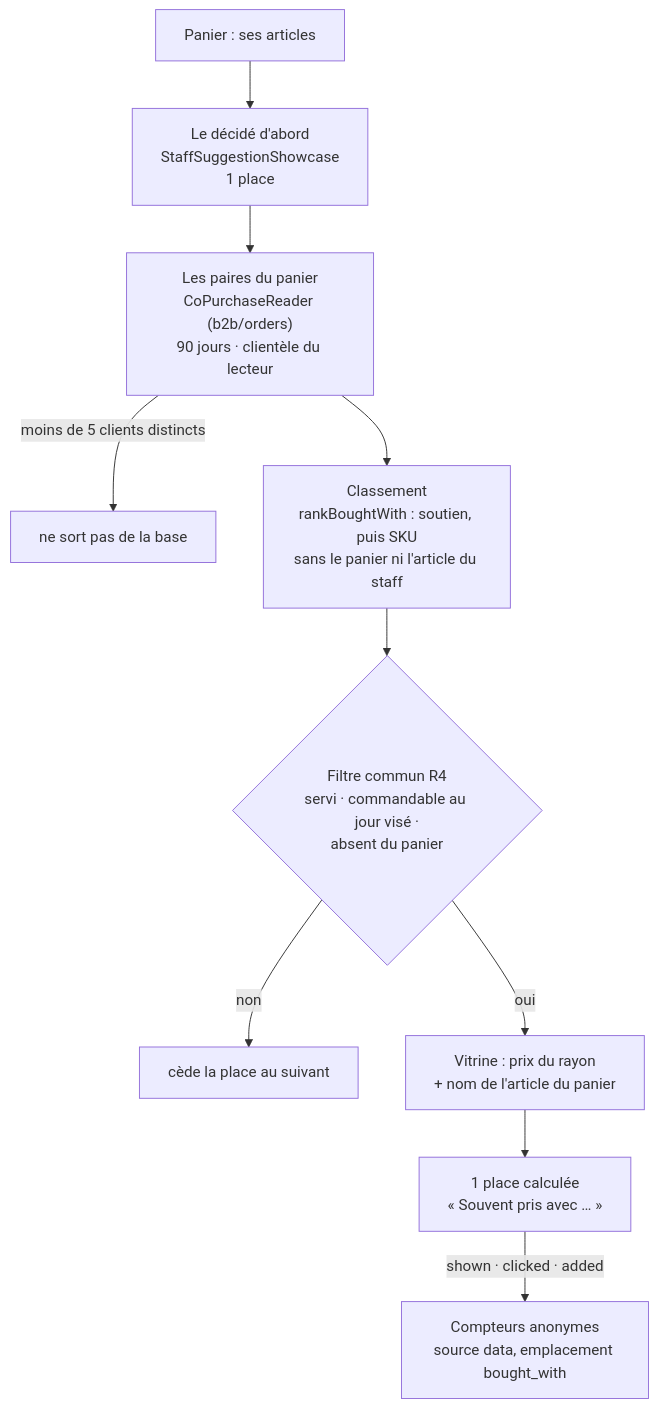
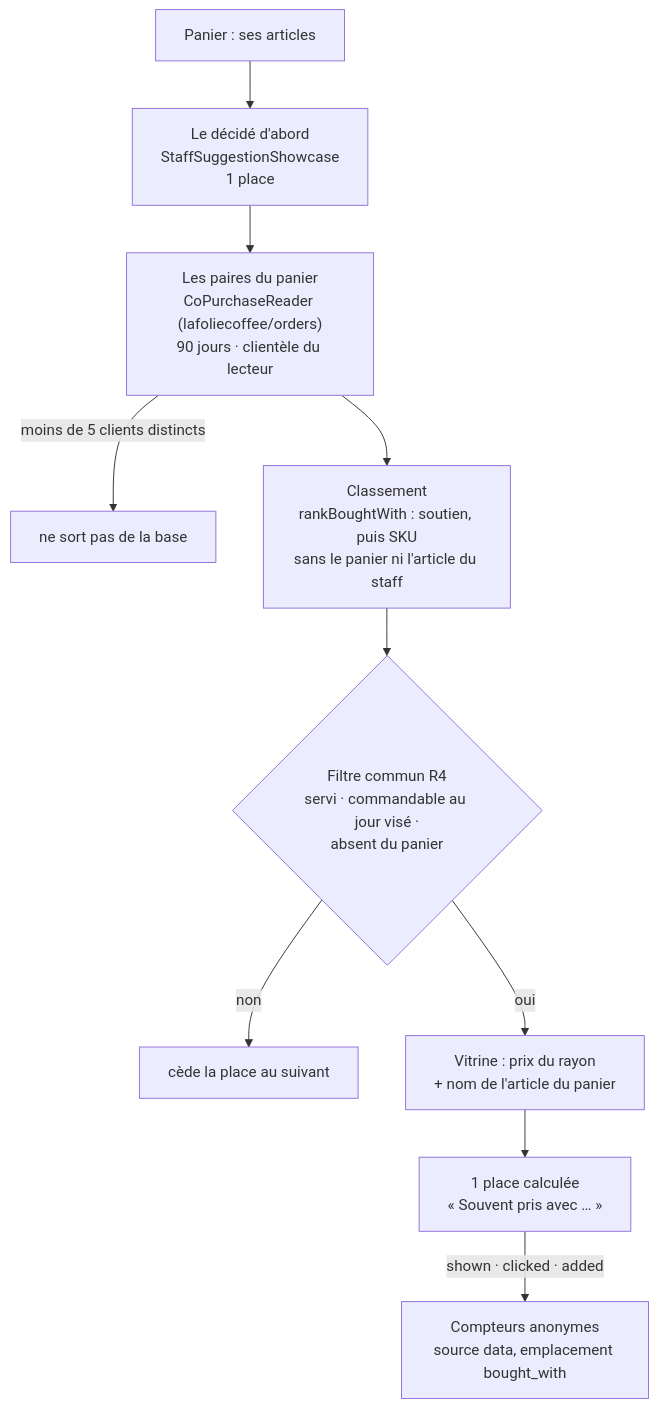
The first of 2 diagrams in documentation/recommandation-produit/suggestions-calculees.md (hugoheynard/lfd), drawn with Mermaid before and after one commit. The commit also changed other lines of this file and 6369 other files, not shown here.

````diff
--- a/documentation/recommandation-produit/suggestions-calculees.md
+++ b/documentation/recommandation-produit/suggestions-calculees.md
@@ -27,12 +27,12 @@
 ```mermaid
 flowchart TD
     P["Panier : ses articles"] --> S["Le décidé d'abord<br/>StaffSuggestionShowcase<br/>1 place"]
-    S --> Q["Les paires du panier<br/>CoPurchaseReader (b2b/orders)<br/>90 jours · clientèle du lecteur"]
+    S --> Q["Les paires du panier<br/>CoPurchaseReader (lafoliecoffee/orders)<br/>90 jours · clientèle du lecteur"]
     Q -->|"moins de 5 clients distincts"| X1["ne sort pas de la base"]
     Q --> R["Classement<br/>rankBoughtWith : soutien, puis SKU<br/>sans le panier ni l'article du staff"]
     R --> F{"Filtre commun R4<br/>servi · commandable au jour visé ·<br/>absent du panier"}
     F -->|non| X2["cède la place au suivant"]
     F -->|oui| V["Vitrine : prix du rayon<br/>+ nom de l'article du panier"]
     V --> C["1 place calculée<br/>« Souvent pris avec … »"]
     C -->|"shown · clicked · added"| K["Compteurs anonymes<br/>source data, emplacement bought_with"]
 ```
````
